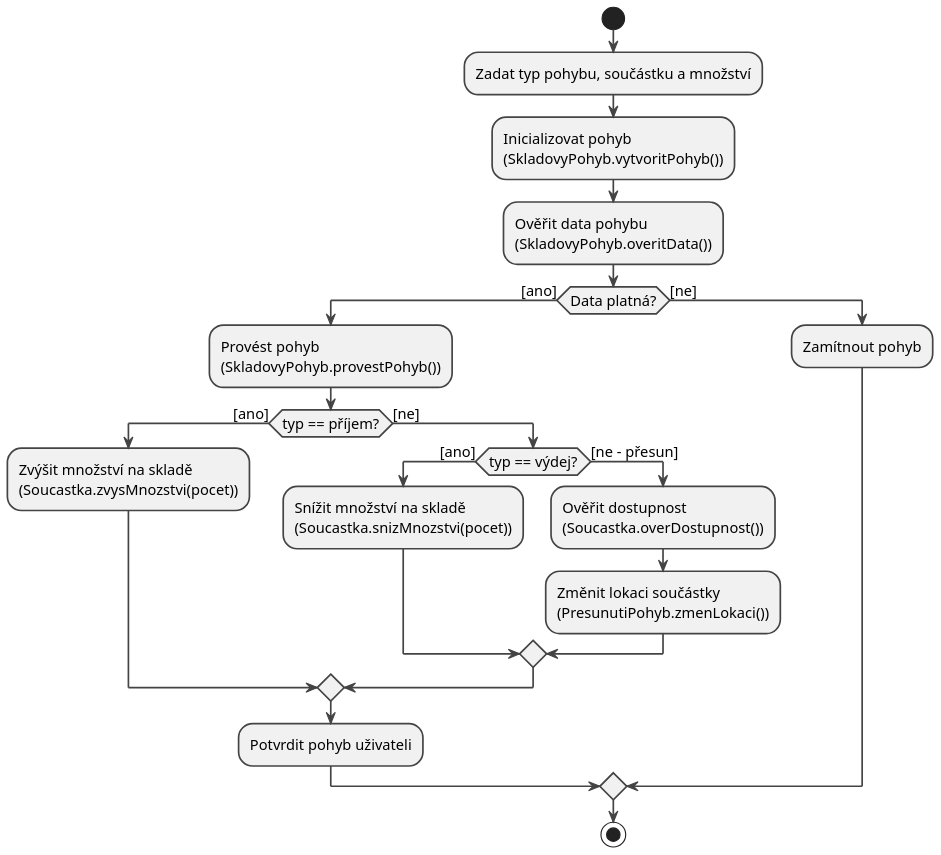
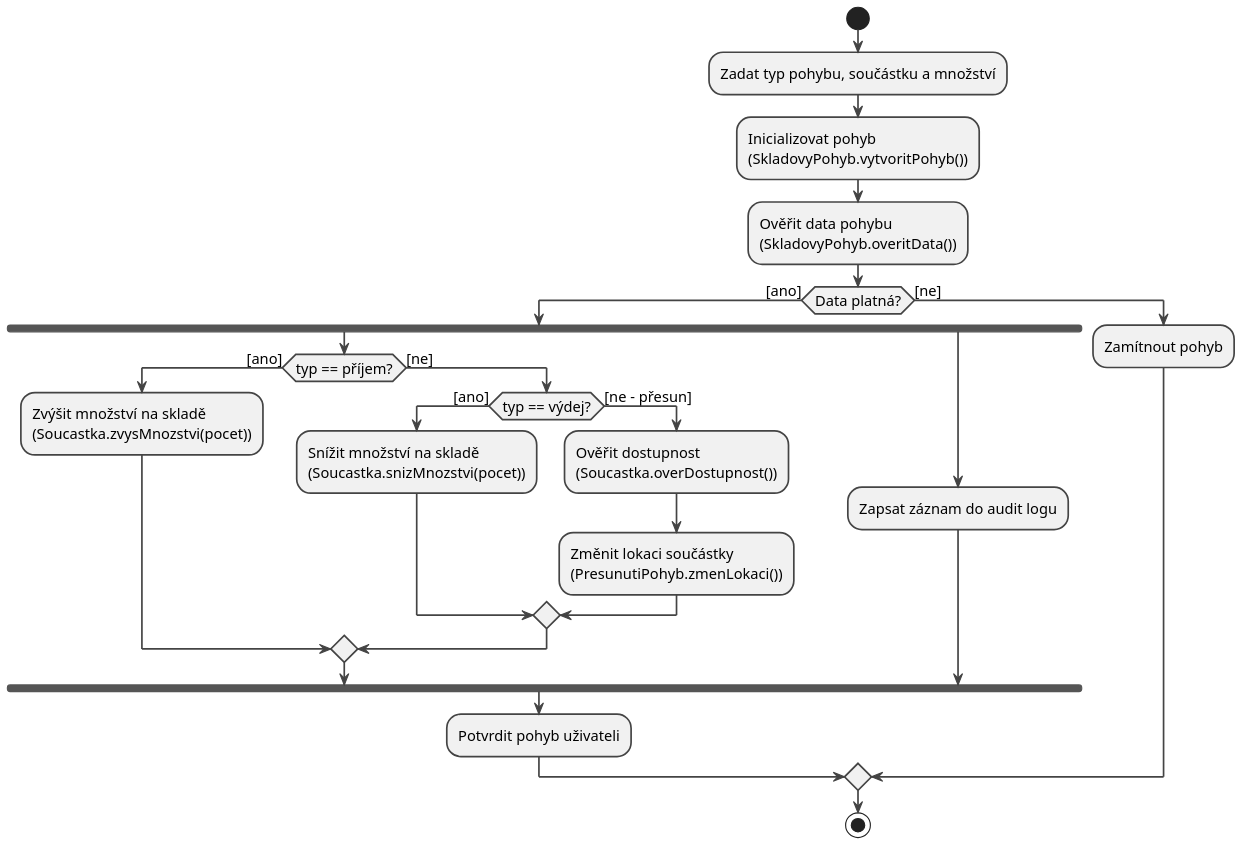
The diagram in diagrams/12_activity_wms.puml (lkvapil/kOdevzdaniProjektWMS), drawn with PlantUML before and after one commit. The commit also changed 1 other file, not shown here.

Commit message:
Diagram aktivit – tlusté čáry fork/join + audit log

```diff
--- a/diagrams/12_activity_wms.puml
+++ b/diagrams/12_activity_wms.puml
@@ -1,38 +1,41 @@
 @startuml
 scale 1.5
 skinparam defaultFontSize 13
 skinparam ArrowThickness 1.5
 skinparam ActivityBorderThickness 1.5
 skinparam ActivityDiamondBorderThickness 1.5
 skinparam ActivityBorderColor #444444
 skinparam ActivityDiamondBorderColor #444444
 skinparam ArrowColor #444444
 
 start
 
 :Zadat typ pohybu, součástku a množství;
 :Inicializovat pohyb\n(SkladovyPohyb.vytvoritPohyb());
 :Ověřit data pohybu\n(SkladovyPohyb.overitData());
 
 if (Data platná?) then ([ano])
-  :Provést pohyb\n(SkladovyPohyb.provestPohyb());
 
-  if (typ == příjem?) then ([ano])
-    :Zvýšit množství na skladě\n(Soucastka.zvysMnozstvi(pocet));
-  else ([ne])
-    if (typ == výdej?) then ([ano])
-      :Snížit množství na skladě\n(Soucastka.snizMnozstvi(pocet));
-    else ([ne – přesun])
-      :Ověřit dostupnost\n(Soucastka.overDostupnost());
-      :Změnit lokaci součástky\n(PresunutiPohyb.zmenLokaci());
+  fork
+    if (typ == příjem?) then ([ano])
+      :Zvýšit množství na skladě\n(Soucastka.zvysMnozstvi(pocet));
+    else ([ne])
+      if (typ == výdej?) then ([ano])
+        :Snížit množství na skladě\n(Soucastka.snizMnozstvi(pocet));
+      else ([ne – přesun])
+        :Ověřit dostupnost\n(Soucastka.overDostupnost());
+        :Změnit lokaci součástky\n(PresunutiPohyb.zmenLokaci());
+      endif
     endif
-  endif
+  fork again
+    :Zapsat záznam do audit logu;
+  end fork
 
   :Potvrdit pohyb uživateli;
 
 else ([ne])
   :Zamítnout pohyb;
 endif
 
 stop
 @enduml
```
